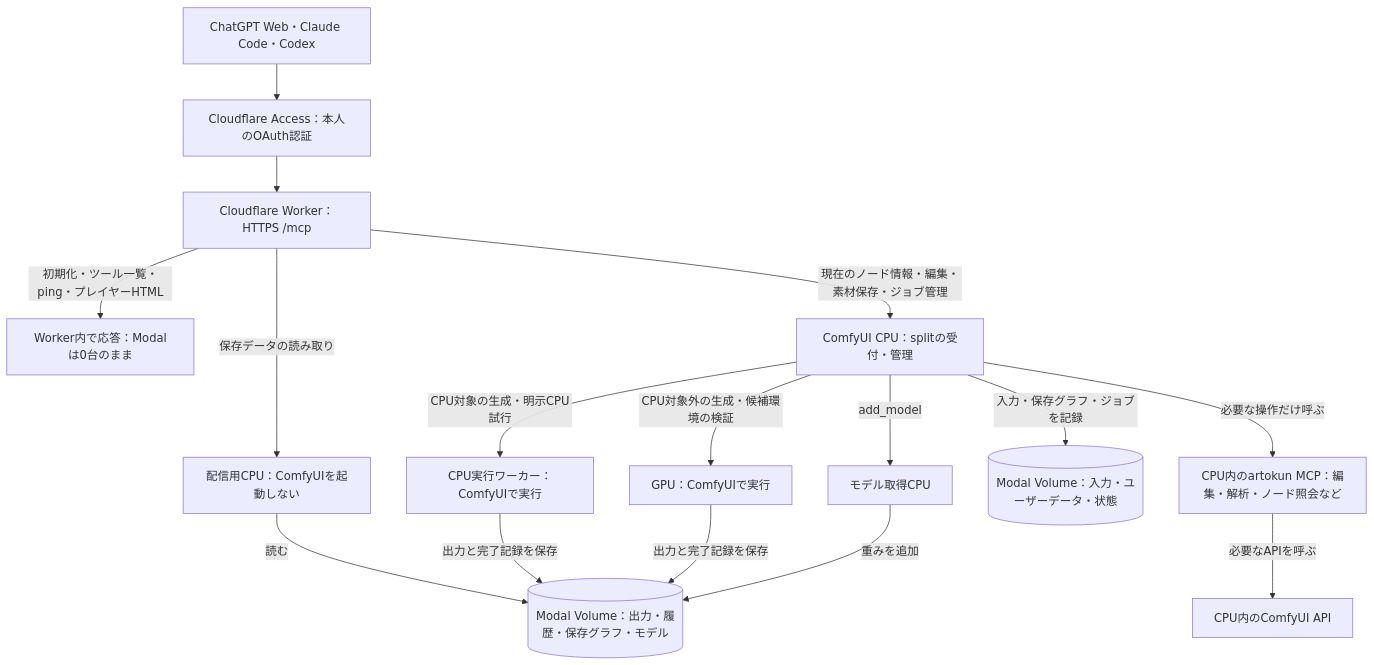
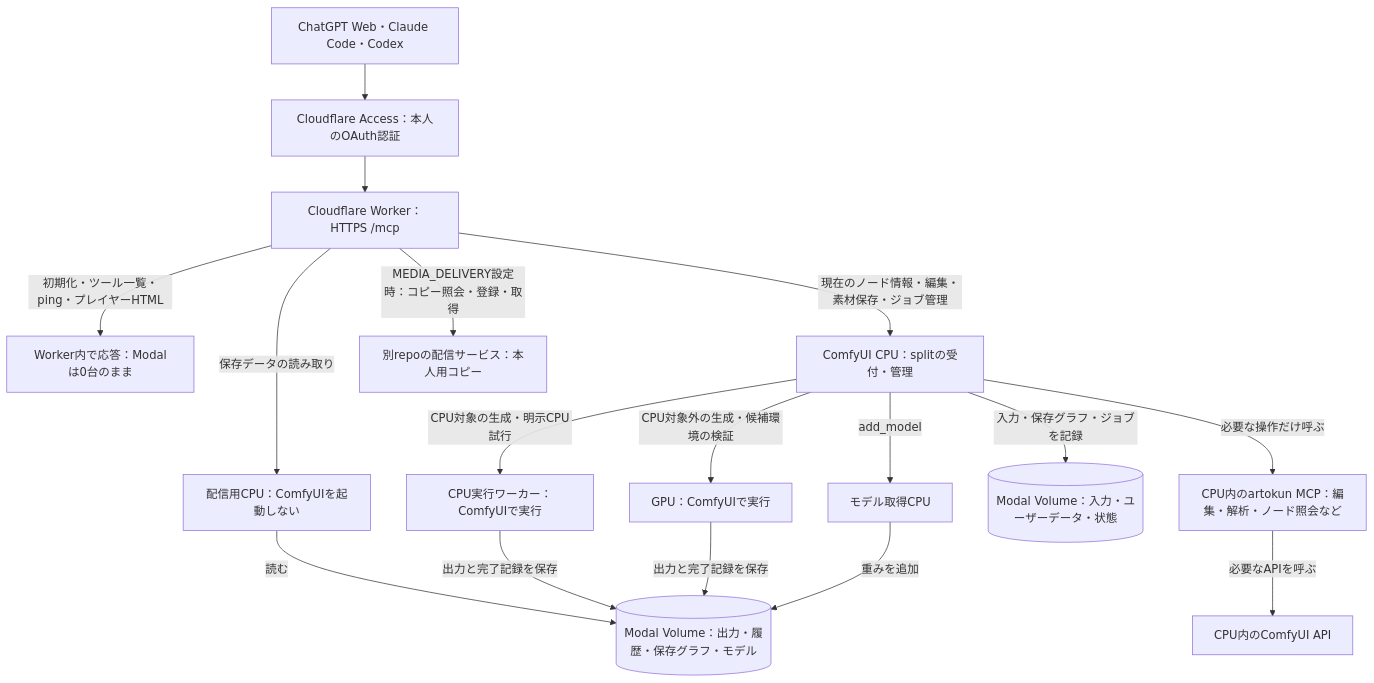
One commit to hndrr/modal-comfyui-deploy changed the first of 4 diagrams in docs/design/split-mcp-routing.md. Above: the diagram before and after it, drawn with Mermaid. The commit also changed other lines of this file and 21 other files, not shown here.

Commit message:
Implement optional external media delivery adapter for MCP outputs

````diff
--- a/docs/design/split-mcp-routing.md
+++ b/docs/design/split-mcp-routing.md
@@ -9,18 +11,19 @@
 ```mermaid
 flowchart TD
   Client["ChatGPT Web・Claude Code・Codex"] --> Auth["Cloudflare Access：本人のOAuth認証"]
   Auth --> Edge["Cloudflare Worker：HTTPS /mcp"]
   Edge -->|"初期化・ツール一覧・ping・プレイヤーHTML"| Reply["Worker内で応答：Modalは0台のまま"]
   Edge -->|"保存データの読み取り"| Read["配信用CPU：ComfyUIを起動しない"]
   Edge -->|"現在のノード情報・編集・素材保存・ジョブ管理"| CPU["ComfyUI CPU：splitの受付・管理"]
+  Edge -->|"MEDIA_DELIVERY設定時：コピー照会・登録・取得"| Delivery["別repoの配信サービス：本人用コピー"]
   Read -->|"読む"| Store[("Modal Volume：出力・履歴・保存グラフ・モデル")]
   CPU -->|"必要な操作だけ呼ぶ"| Upstream["CPU内のartokun MCP：編集・解析・ノード照会など"]
   Upstream -->|"必要なAPIを呼ぶ"| API["CPU内のComfyUI API"]
   CPU -->|"CPU対象の生成・明示CPU試行"| RunCPU["CPU実行ワーカー：ComfyUIで実行"]
   RunCPU -->|"出力と完了記録を保存"| Store
   CPU -->|"CPU対象外の生成・候補環境の検証"| GPU["GPU：ComfyUIで実行"]
   GPU -->|"出力と完了記録を保存"| Store
   CPU -->|"入力・保存グラフ・ジョブを記録"| Working[("Modal Volume：入力・ユーザーデータ・状態")]
   CPU -->|"add_model"| Download["モデル取得CPU"]
   Download -->|"重みを追加"| Store
 ```
````
